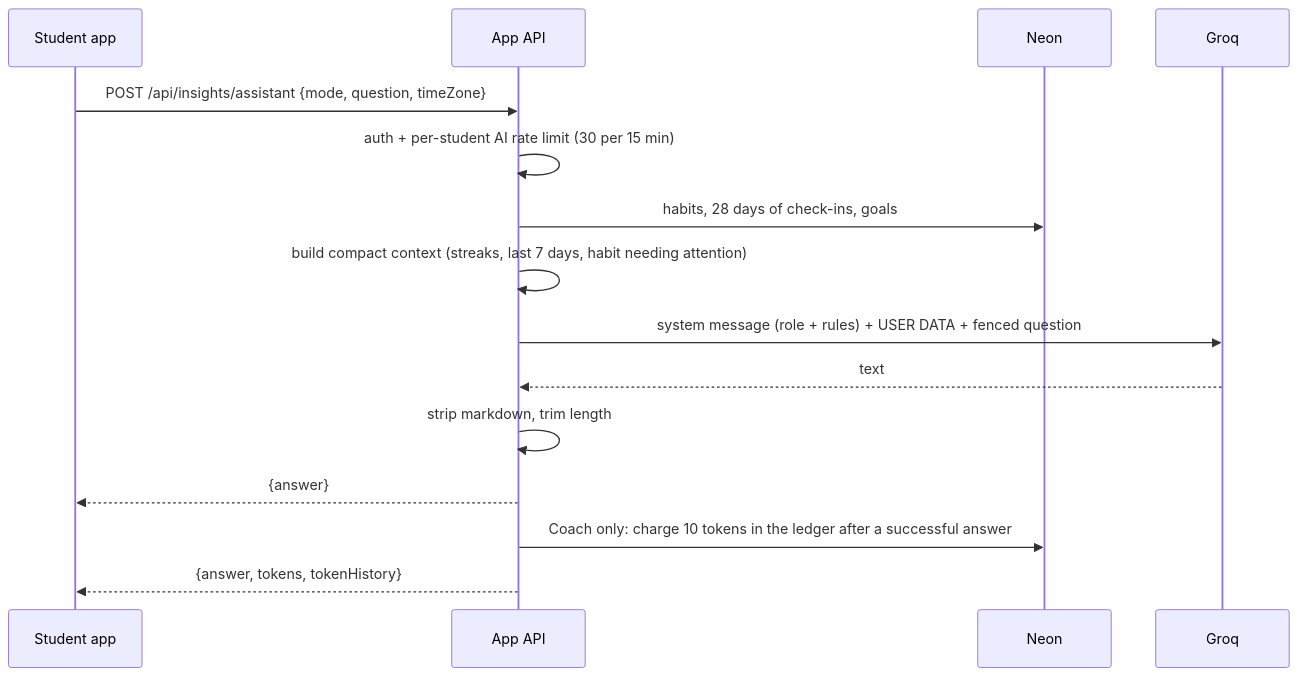
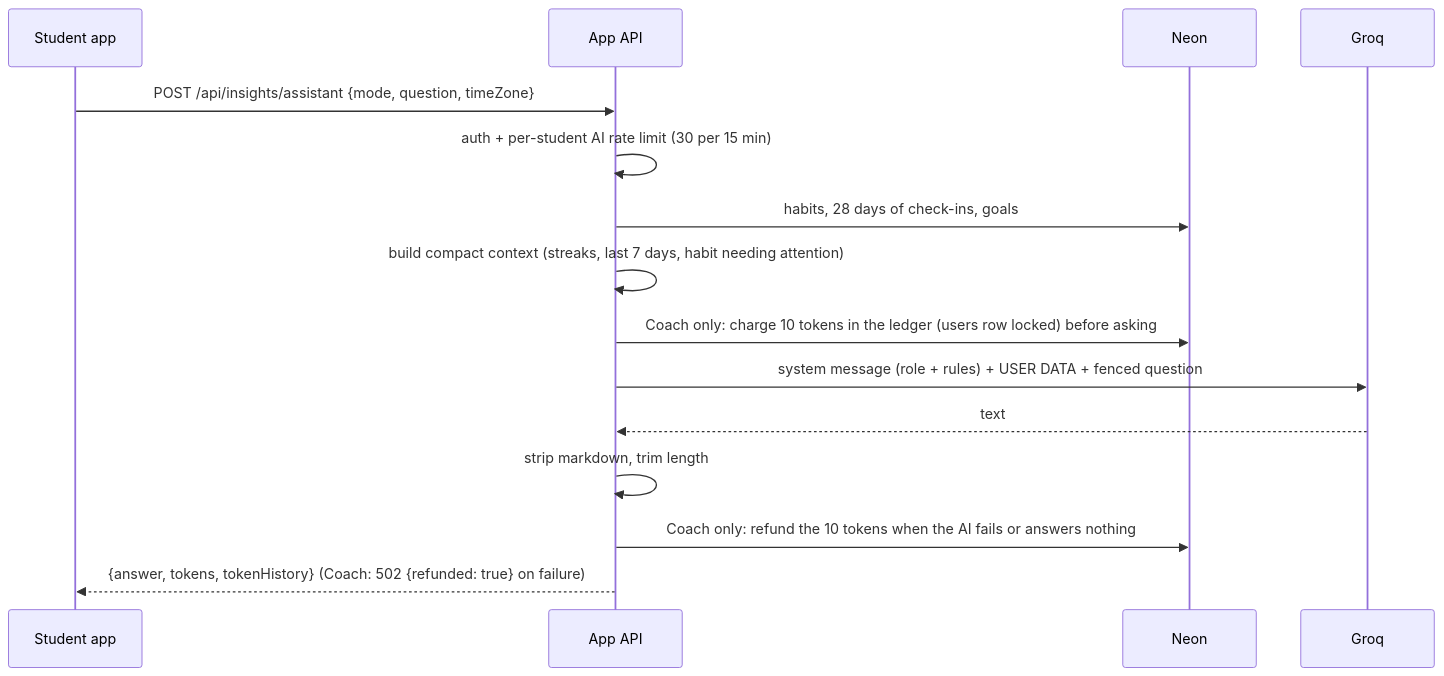
One commit to nathecruz/Capstone-Project changed the eighth of 9 diagrams in ARCHITECTURE.md. Above: the diagram before and after it, drawn with Mermaid. The commit also changed other lines of this file and 100 other files, not shown here.

````diff
--- a/ARCHITECTURE.md
+++ b/ARCHITECTURE.md
@@ -279,17 +290,17 @@
 ```mermaid
 sequenceDiagram
   participant A as Student app
   participant API as App API
   participant DB as Neon
   participant G as Groq
   A->>API: POST /api/insights/assistant {mode, question, timeZone}
   API->>API: auth + per-student AI rate limit (30 per 15 min)
   API->>DB: habits, 28 days of check-ins, goals
   API->>API: build compact context (streaks, last 7 days, habit needing attention)
+  API->>DB: Coach only: charge 10 tokens in the ledger (users row locked) before asking
   API->>G: system message (role + rules) + USER DATA + fenced question
   G-->>API: text
   API->>API: strip markdown, trim length
-  API-->>A: {answer}
-  API->>DB: Coach only: charge 10 tokens in the ledger after a successful answer
-  API-->>A: {answer, tokens, tokenHistory}
+  API->>DB: Coach only: refund the 10 tokens when the AI fails or answers nothing
+  API-->>A: {answer, tokens, tokenHistory} (Coach: 502 {refunded: true} on failure)
 ```
````
